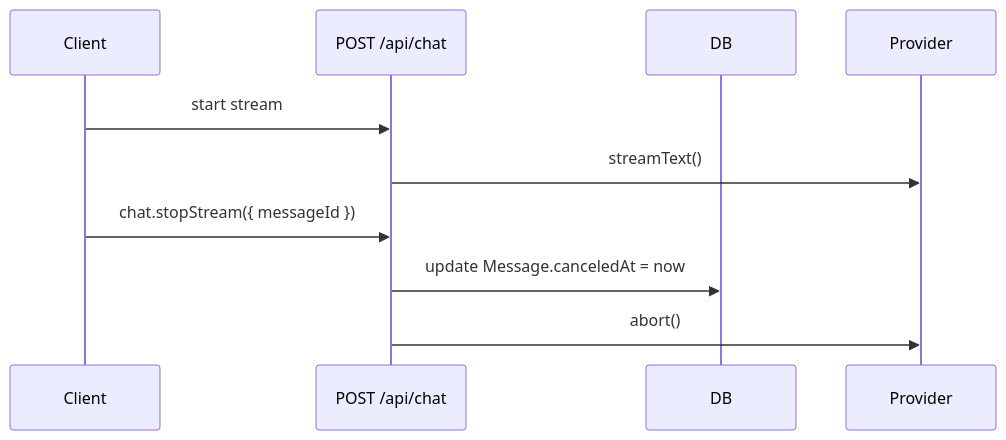
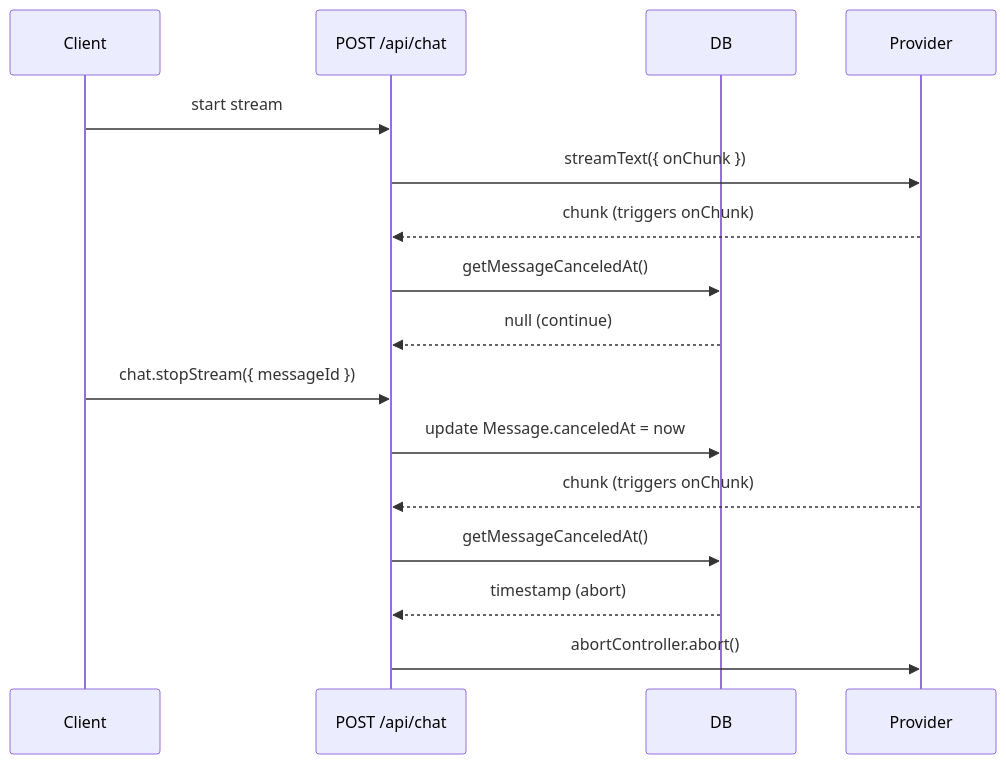
The diagram in docs/cookbook/streaming/stop-resumable-streams.mdx (masonjames/sparka), drawn with Mermaid before and after one commit. The commit also changed other lines of this file and 7 other files, not shown here.

````diff
--- a/docs/cookbook/streaming/stop-resumable-streams.mdx
+++ b/docs/cookbook/streaming/stop-resumable-streams.mdx
@@ -90,13 +104,19 @@
 ```mermaid
 sequenceDiagram
     participant Client
     participant API as POST /api/chat
     participant DB
     participant Provider
 
     Client->>API: start stream
-    API->>Provider: streamText()
+    API->>Provider: streamText({ onChunk })
+    Provider-->>API: chunk (triggers onChunk)
+    API->>DB: getMessageCanceledAt()
+    DB-->>API: null (continue)
     Client->>API: chat.stopStream({ messageId })
     API->>DB: update Message.canceledAt = now
-    API->>Provider: abort()
+    Provider-->>API: chunk (triggers onChunk)
+    API->>DB: getMessageCanceledAt()
+    DB-->>API: timestamp (abort)
+    API->>Provider: abortController.abort()
 ```
````
